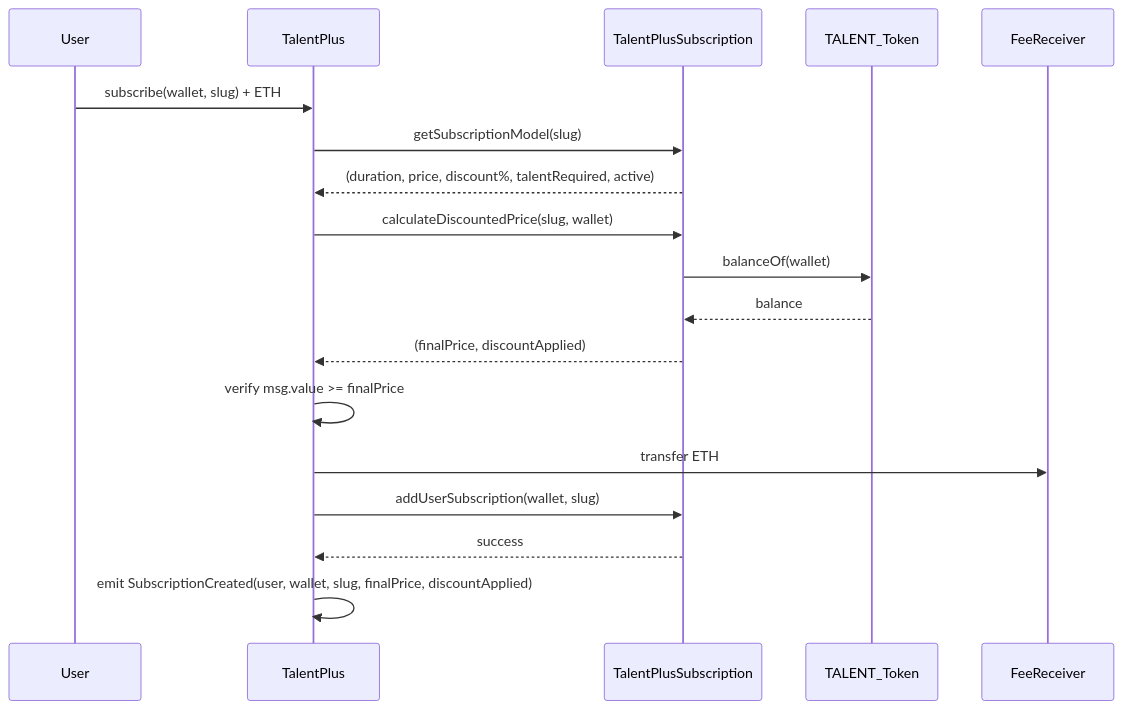
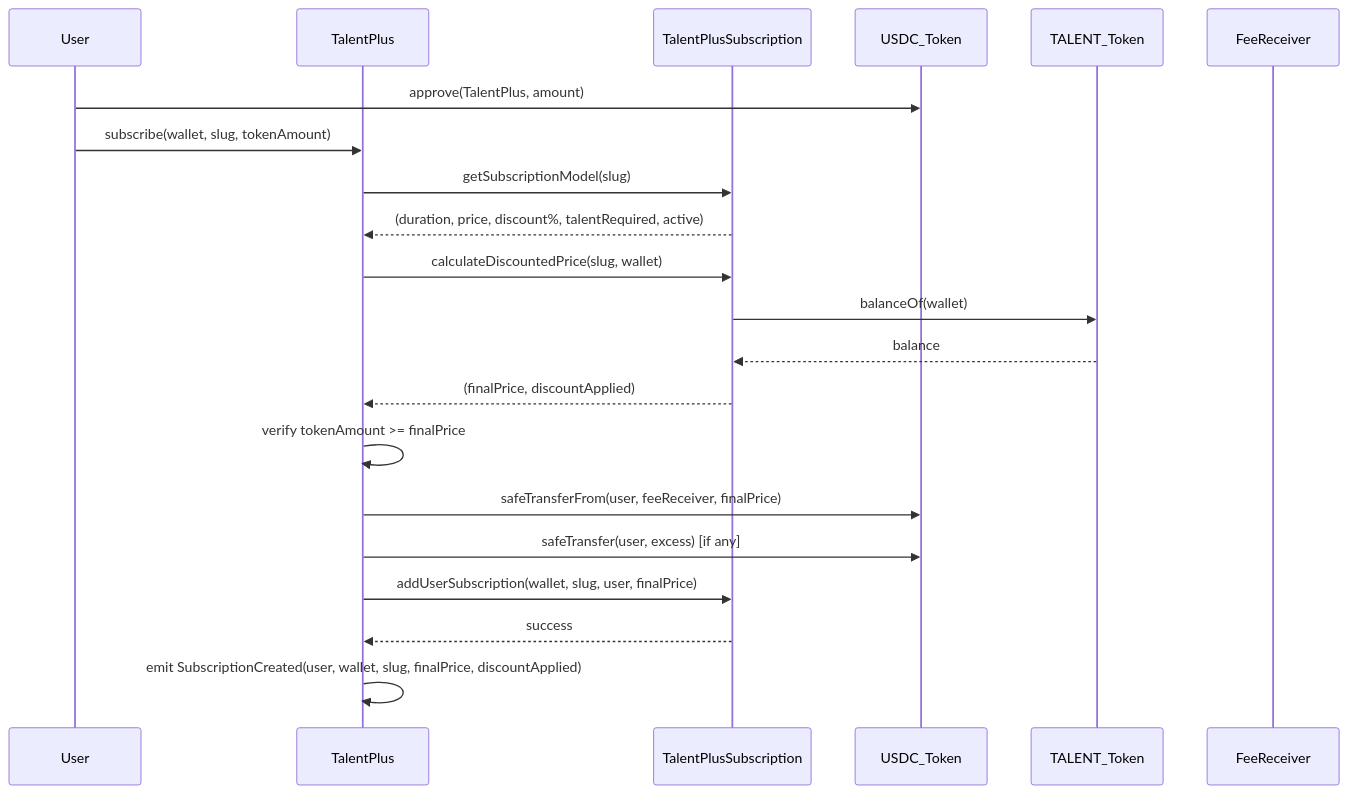
The first of 2 diagrams in contracts/talent_plus/README.md (talentprotocol/contracts), drawn with Mermaid before and after one commit. The commit also changed other lines of this file and 14 other files, not shown here.

Commit message:
Add talent plus with USDC

````diff
--- a/contracts/talent_plus/README.md
+++ b/contracts/talent_plus/README.md
@@ -114,21 +122,24 @@
 ```mermaid
 sequenceDiagram
     participant User
     participant TalentPlus
     participant TalentPlusSubscription
+    participant USDC_Token
     participant TALENT_Token
     participant FeeReceiver
 
-    User->>TalentPlus: subscribe(wallet, slug) + ETH
+    User->>USDC_Token: approve(TalentPlus, amount)
+    User->>TalentPlus: subscribe(wallet, slug, tokenAmount)
     TalentPlus->>TalentPlusSubscription: getSubscriptionModel(slug)
     TalentPlusSubscription-->>TalentPlus: (duration, price, discount%, talentRequired, active)
     TalentPlus->>TalentPlusSubscription: calculateDiscountedPrice(slug, wallet)
     TalentPlusSubscription->>TALENT_Token: balanceOf(wallet)
     TALENT_Token-->>TalentPlusSubscription: balance
     TalentPlusSubscription-->>TalentPlus: (finalPrice, discountApplied)
-    TalentPlus->>TalentPlus: verify msg.value >= finalPrice
-    TalentPlus->>FeeReceiver: transfer ETH
-    TalentPlus->>TalentPlusSubscription: addUserSubscription(wallet, slug)
+    TalentPlus->>TalentPlus: verify tokenAmount >= finalPrice
+    TalentPlus->>USDC_Token: safeTransferFrom(user, feeReceiver, finalPrice)
+    TalentPlus->>USDC_Token: safeTransfer(user, excess) [if any]
+    TalentPlus->>TalentPlusSubscription: addUserSubscription(wallet, slug, user, finalPrice)
     TalentPlusSubscription-->>TalentPlus: success
     TalentPlus->>TalentPlus: emit SubscriptionCreated(user, wallet, slug, finalPrice, discountApplied)
 ```
````
